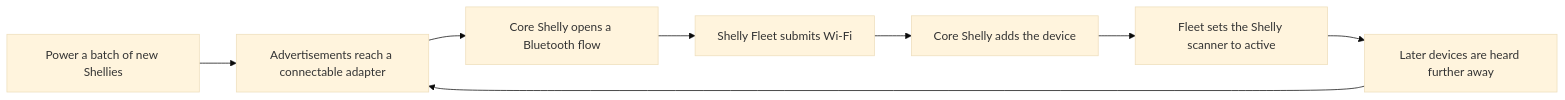
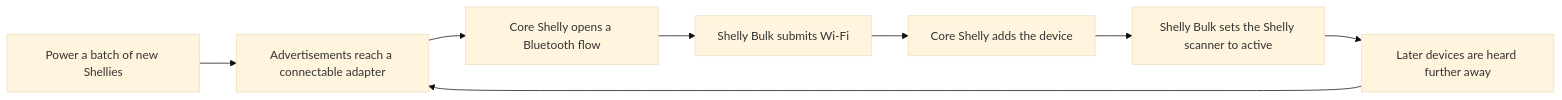
Before and after one commit to ianda-tech/shelly-hass: the diagram in README.md, drawn with Mermaid (base theme). The commit also changed other lines of this file and 27 other files, not shown here.

First line of the commit message:
Rename the integration to Shelly Bulk. (#2)

````diff
--- a/README.md
+++ b/README.md
@@ -13,12 +13,12 @@
 ```mermaid
 flowchart LR
   batch[Power a batch of new Shellies]
   hear[Advertisements reach a connectable adapter]
   flow[Core Shelly opens a Bluetooth flow]
-  fleet[Shelly Fleet submits Wi-Fi]
+  submit[Shelly Bulk submits Wi-Fi]
   added[Core Shelly adds the device]
-  scan[Fleet sets the Shelly scanner to active]
+  scan[Shelly Bulk sets the Shelly scanner to active]
   next[Later devices are heard further away]
-  batch --> hear --> flow --> fleet --> added --> scan --> next
+  batch --> hear --> flow --> submit --> added --> scan --> next
   next --> hear
 ```
````
